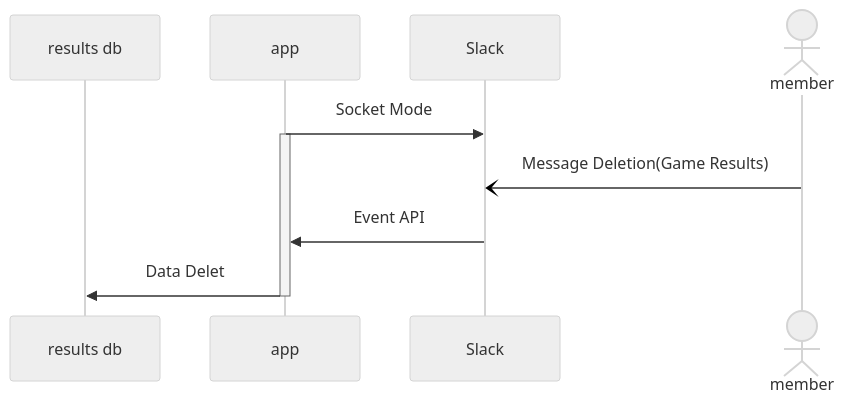
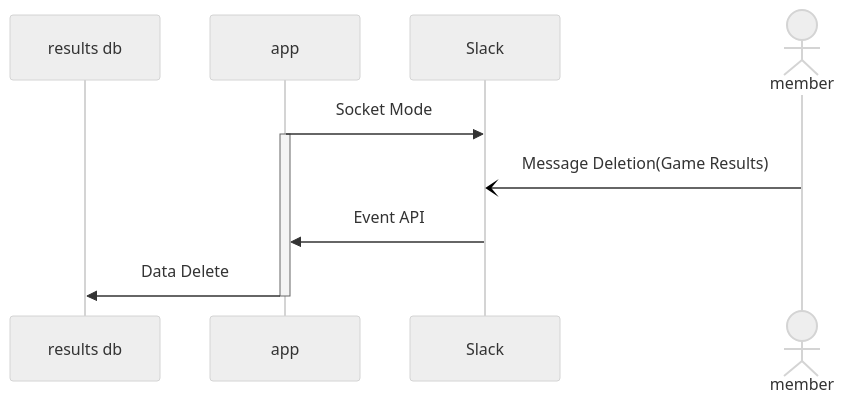
The third of 4 diagrams in docs/architecture.md (togakushi/slack-mahjong-score-management), drawn with Mermaid (neutral theme) before and after one commit. The commit also changed other lines of this file, not shown here.

````diff
--- a/docs/architecture.md
+++ b/docs/architecture.md
@@ -46,14 +46,14 @@
 ```mermaid
 sequenceDiagram
     participant results db
     participant app
     participant Slack
     actor member
 
     app->>Slack: Socket Mode
     activate app
     member-)Slack: Message Deletion(Game Results)
     Slack->>app: Event API
-    app->>results db: Data Delet
+    app->>results db: Data Delete
     deactivate app
 ```
````
